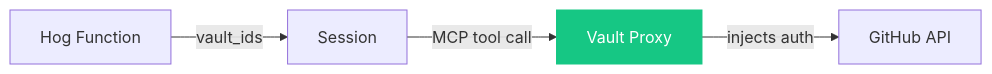
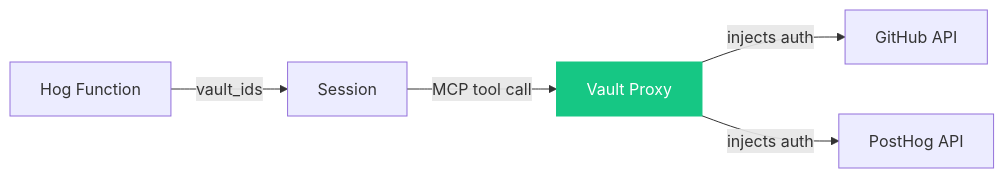
One commit to MattBro/posthog-bugfix-agent changed the fourth of 4 diagrams in OVERVIEW.md. Above: the diagram before and after it, drawn with Mermaid. The commit also changed other lines of this file and 4 other files, not shown here.

First line of the commit message:
Fix PostHog MCP URL, audit cleanup across all files

````diff
--- a/OVERVIEW.md
+++ b/OVERVIEW.md
@@ -61,8 +61,9 @@
 ```mermaid
 flowchart LR
     A["Hog Function"] -- "vault_ids" --> B["Session"]
     B -- "MCP tool call" --> C["Vault Proxy"]
     C -- "injects auth" --> D["GitHub API"]
+    C -- "injects auth" --> E["PostHog API"]
 
     style C fill:#16c784,stroke:#16c784,color:#fff
 ```
````
